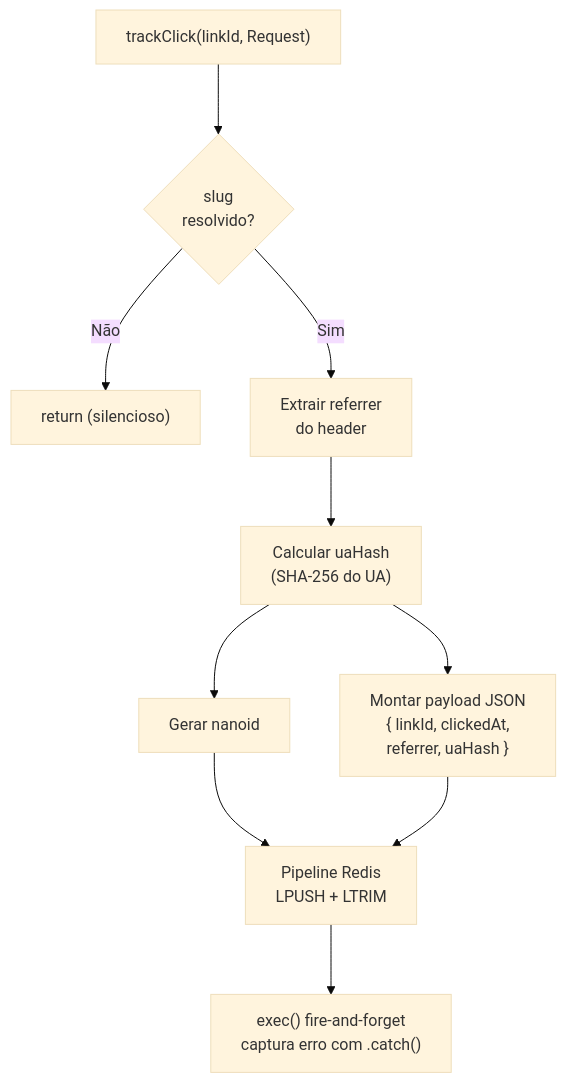
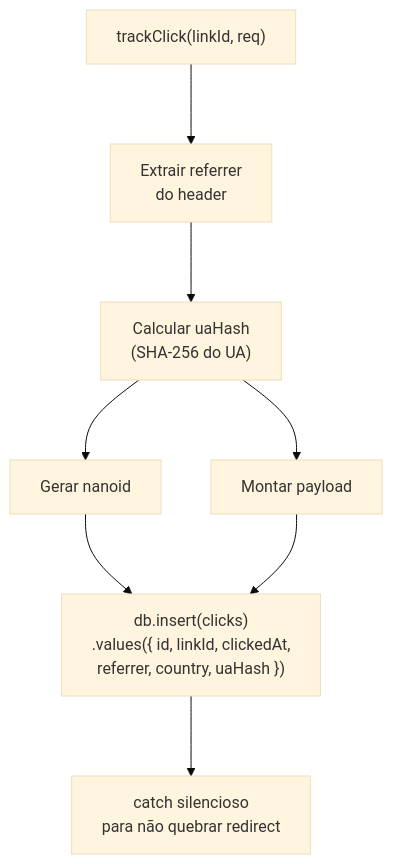
One commit to eduardoaugustolb/encurtador-url changed the second of 2 diagrams in docs/processos-background.md. Above: the diagram before and after it, drawn with Mermaid (base theme). The commit also changed other lines of this file and 14 other files, not shown here.

````diff
--- a/docs/processos-background.md
+++ b/docs/processos-background.md
@@ -59,19 +40,15 @@
 ```mermaid
-%%{init: {'flowchart': {'nodeSpacing': 50, 'rankSpacing': 70}}}%%
+%%{init: {'flowchart': {'nodeSpacing': 50, 'rankSpacing': 80}}}%%
 flowchart TB
-    A["trackClick(linkId, Request)"] --> B{"slug<br/>resolvido?"}
+    A["trackClick(linkId, req)"] --> B["Extrair referrer<br/>do header"]
+    B --> C["Calcular uaHash<br/>(SHA-256 do UA)"]
 
-    B -->|Não| Z["return (silencioso)"]
+    C --> D["Gerar nanoid"]
+    C --> E["Montar payload"]
 
-    B -->|Sim| C["Extrair referrer<br/>do header"]
-    C --> D["Calcular uaHash<br/>(SHA-256 do UA)"]
+    D --> F
+    E --> F
 
-    D --> E1["Gerar nanoid"]
-    D --> E2["Montar payload JSON<br/>{ linkId, clickedAt,<br/>  referrer, uaHash }"]
-
-    E1 --> F
-    E2 --> F
-
-    F["Pipeline Redis<br/>LPUSH + LTRIM"]
-    F --> G["exec() fire-and-forget<br/>captura erro com .catch()"]
+    F["db.insert(clicks)<br/>.values({ id, linkId, clickedAt,<br/>  referrer, country, uaHash })"]
+    F --> G["catch silencioso<br/>para não quebrar redirect"]
 ```
````
